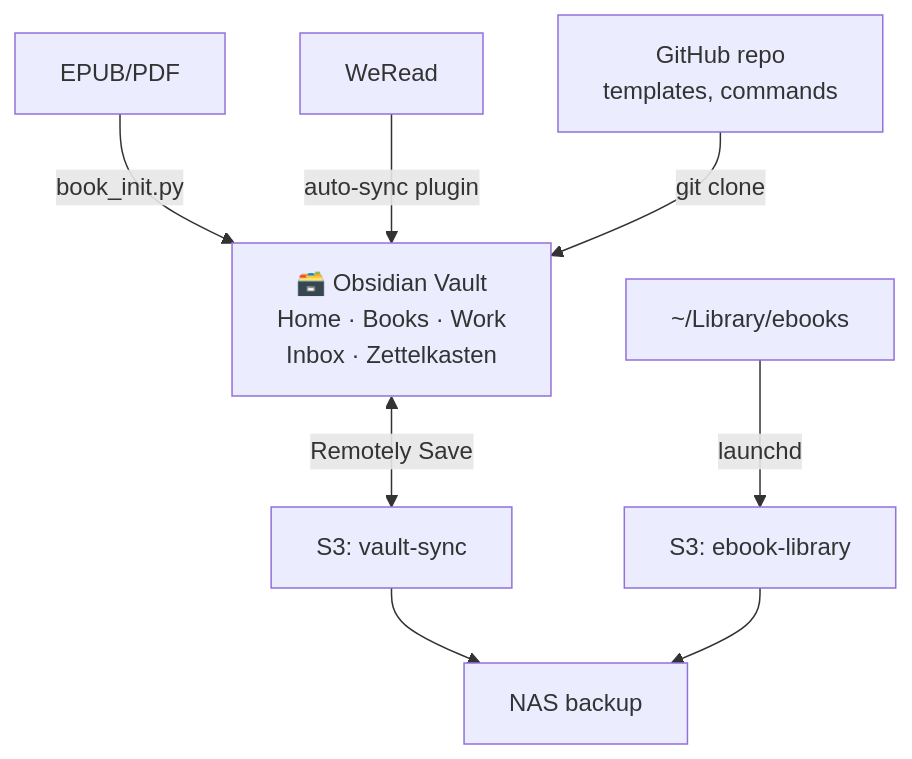
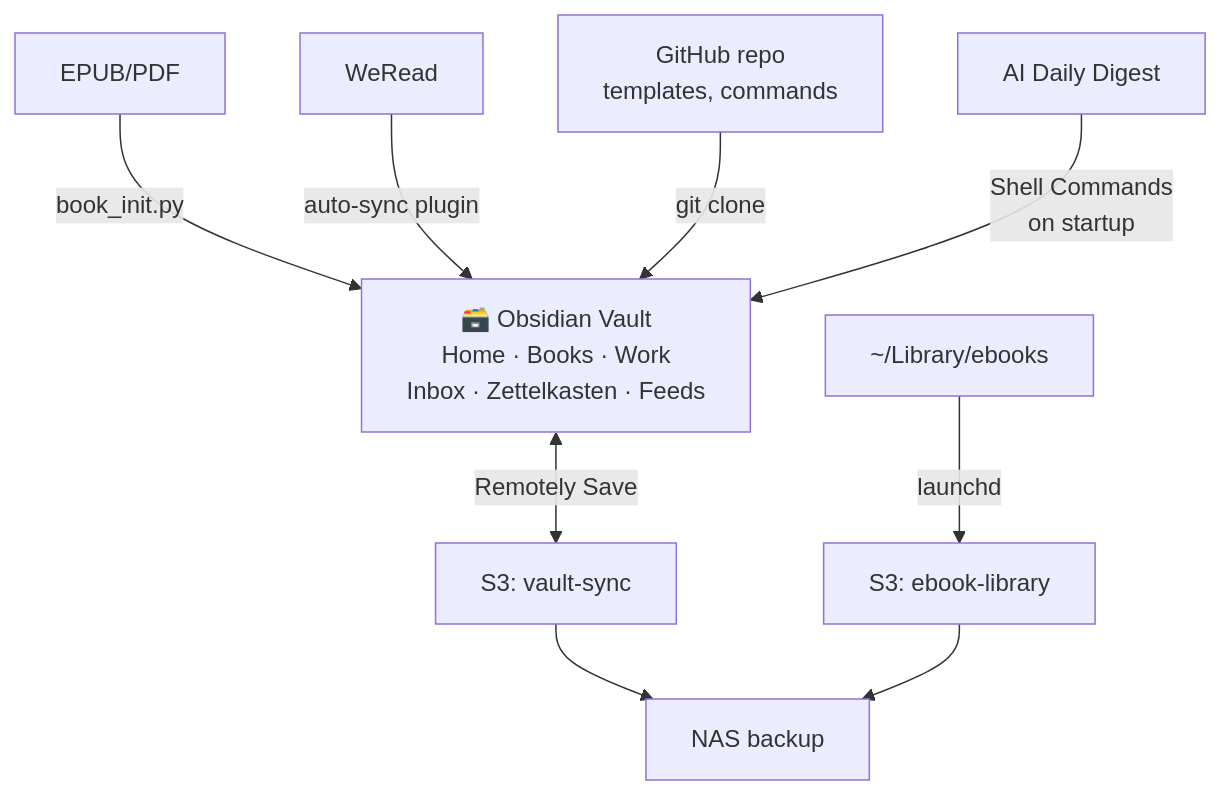
Before and after one commit to yepengfan/obsidian-workflow: the first of 3 diagrams in README.md, drawn with Mermaid. The commit also changed other lines of this file and 3 other files, not shown here.

First line of the commit message:
Add AI Daily Digest: Shell Commands setup, Home quick view, sortspec cleanup (#44)

````diff
--- a/README.md
+++ b/README.md
@@ -47,13 +49,14 @@
 ```mermaid
 graph TD
     EPUB[EPUB/PDF] -->|book_init.py| Vault
     WR[WeRead] -->|auto-sync plugin| Vault
     SYS[GitHub repo<br/>templates, commands] -->|git clone| Vault
+    DIGEST[AI Daily Digest] -->|Shell Commands<br/>on startup| Vault
 
-    Vault["🗃️ Obsidian Vault<br/>Home · Books · Work<br/>Inbox · Zettelkasten"]
+    Vault["🗃️ Obsidian Vault<br/>Home · Books · Work<br/>Inbox · Zettelkasten · Feeds"]
 
     Vault <-->|Remotely Save| S3V[S3: vault-sync]
     EBOOKS[~/Library/ebooks] -->|launchd| S3E[S3: ebook-library]
     S3V --> BACKUP[NAS backup]
     S3E --> BACKUP
 ```
````
